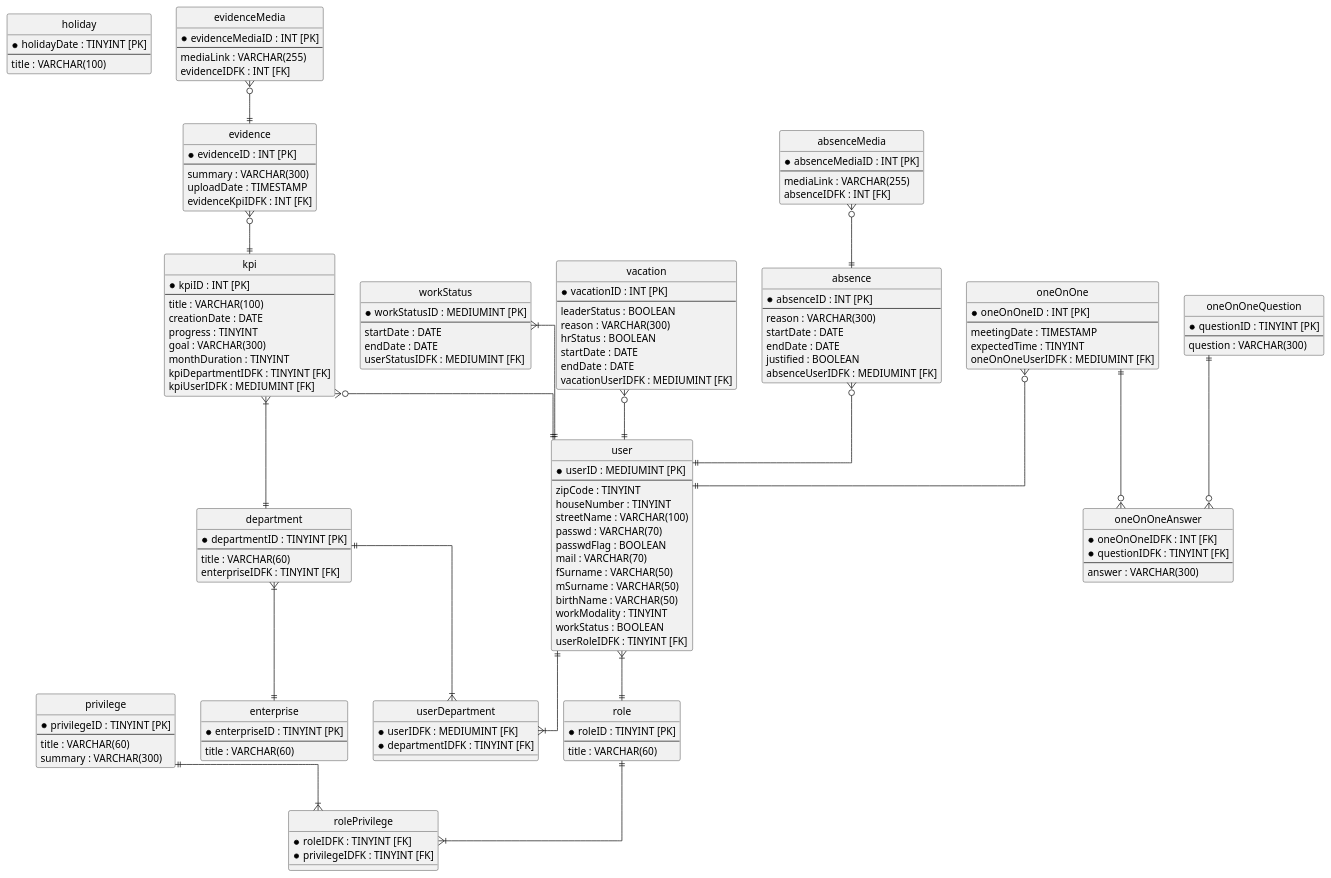
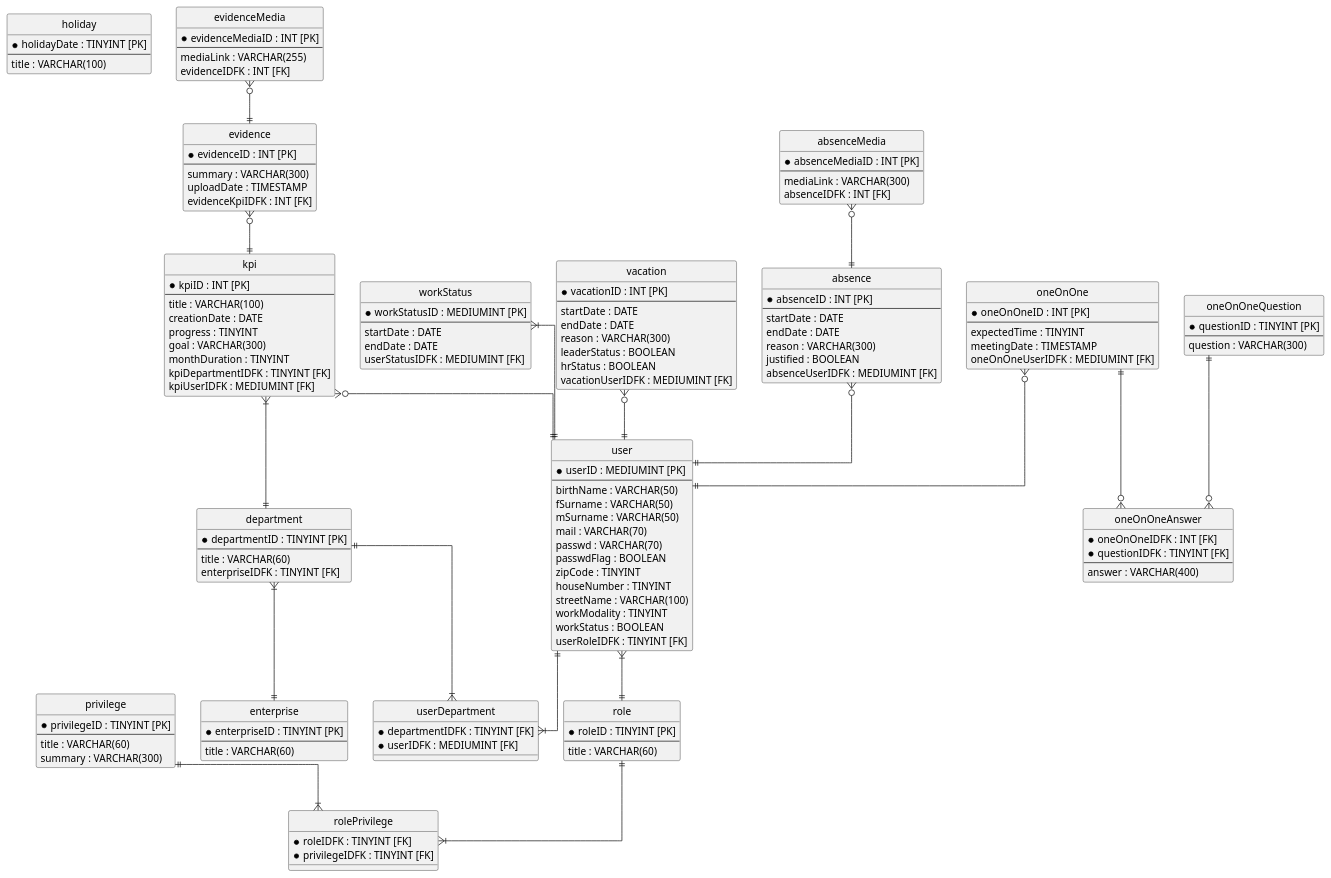
The diagram in diagrams/MR codigo.puml (EdCanCe/WorkCells), drawn with PlantUML before and after one commit. The commit also changed 1 other file, not shown here.

```diff
--- a/diagrams/MR codigo.puml
+++ b/diagrams/MR codigo.puml
@@ -1,167 +1,167 @@
 @startuml MR
 
 hide circle
 skinparam linetype ortho
 
 entity holiday {
     * holidayDate : TINYINT [PK]
     --
     title : VARCHAR(100)
 }
 
 entity privilege {
     * privilegeID : TINYINT [PK]
     --
     title : VARCHAR(60)
     summary : VARCHAR(300)
 }
 
 entity role {
     * roleID : TINYINT [PK]
     --
     title : VARCHAR(60)
 }
 
 entity rolePrivilege {
     * roleIDFK : TINYINT [FK]
     * privilegeIDFK : TINYINT [FK]
 }
 
 entity user {
     * userID : MEDIUMINT [PK]
     --
+    birthName : VARCHAR(50)
+    fSurname : VARCHAR(50)
+    mSurname : VARCHAR(50)
+    mail : VARCHAR(70)
+    passwd : VARCHAR(70)
+    passwdFlag : BOOLEAN
     zipCode : TINYINT
     houseNumber : TINYINT
     streetName : VARCHAR(100)
-    passwd : VARCHAR(70)
-    passwdFlag : BOOLEAN
-    mail : VARCHAR(70)
-    fSurname : VARCHAR(50)
-    mSurname : VARCHAR(50)
-    birthName : VARCHAR(50)
     workModality : TINYINT
     workStatus : BOOLEAN
     userRoleIDFK : TINYINT [FK]
 }
 
 entity workStatus {
     * workStatusID : MEDIUMINT [PK]
     --
     startDate : DATE
     endDate : DATE
     userStatusIDFK : MEDIUMINT [FK]
 }
 
 entity enterprise {
     * enterpriseID : TINYINT [PK]
     --
     title : VARCHAR(60)
 }
 
 entity department {
     * departmentID : TINYINT [PK]
     --
     title : VARCHAR(60)
     enterpriseIDFK : TINYINT [FK]
 }
 
 entity userDepartment {
+    * departmentIDFK : TINYINT [FK]
     * userIDFK : MEDIUMINT [FK]
-    * departmentIDFK : TINYINT [FK]
 }
 
 entity kpi {
     * kpiID : INT [PK]
     --
     title : VARCHAR(100)
     creationDate : DATE
     progress : TINYINT
     goal : VARCHAR(300)
     monthDuration : TINYINT
     kpiDepartmentIDFK : TINYINT [FK]
     kpiUserIDFK : MEDIUMINT [FK]
 }
 
 entity evidence {
     * evidenceID : INT [PK]
     --
     summary : VARCHAR(300)
     uploadDate : TIMESTAMP
     evidenceKpiIDFK : INT [FK]
 }
 
 entity evidenceMedia {
     * evidenceMediaID : INT [PK]
     --
     mediaLink : VARCHAR(255)
     evidenceIDFK : INT [FK]
 }
 
 entity vacation {
     * vacationID : INT [PK]
     --
-    leaderStatus : BOOLEAN
-    reason : VARCHAR(300)
-    hrStatus : BOOLEAN
     startDate : DATE
     endDate : DATE
+    reason : VARCHAR(300)
+    leaderStatus : BOOLEAN
+    hrStatus : BOOLEAN
     vacationUserIDFK : MEDIUMINT [FK]
 }
 
 entity absence {
     * absenceID : INT [PK]
     --
-    reason : VARCHAR(300)
     startDate : DATE
     endDate : DATE
+    reason : VARCHAR(300)
     justified : BOOLEAN
     absenceUserIDFK : MEDIUMINT [FK]
 }
 
 entity absenceMedia {
     * absenceMediaID : INT [PK]
     --
-    mediaLink : VARCHAR(255)
+    mediaLink : VARCHAR(300)
     absenceIDFK : INT [FK]
 }
 
 entity oneOnOne {
     * oneOnOneID : INT [PK]
     --
+    expectedTime : TINYINT
     meetingDate : TIMESTAMP
-    expectedTime : TINYINT
     oneOnOneUserIDFK : MEDIUMINT [FK]
 }
 
 entity oneOnOneQuestion {
     * questionID : TINYINT [PK]
     --
     question : VARCHAR(300)
 }
 
 entity oneOnOneAnswer {
     * oneOnOneIDFK : INT [FK]
     * questionIDFK : TINYINT [FK]
     --
-    answer : VARCHAR(300)
+    answer : VARCHAR(400)
 }
 
 role ||--|{ rolePrivilege
 privilege ||--|{ rolePrivilege
 user }|--|| role
 workStatus }|--|| user 
 department }|--|| enterprise
 user ||--|{ userDepartment
 department ||--|{ userDepartment
 kpi }|--|| department
 kpi }o--|| user
 evidence }o--|| kpi
 evidenceMedia }o--|| evidence
 vacation }o--|| user
 absence }o--|| user
 absenceMedia }o--|| absence
 oneOnOne }o--|| user
 oneOnOne ||--o{ oneOnOneAnswer
 oneOnOneQuestion ||--o{ oneOnOneAnswer
 
 @enduml
```
